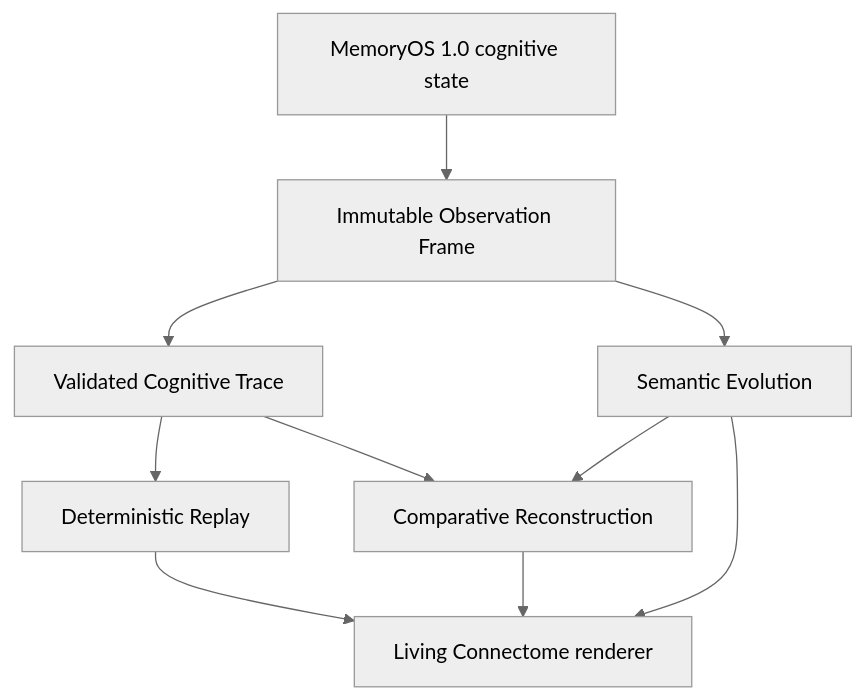
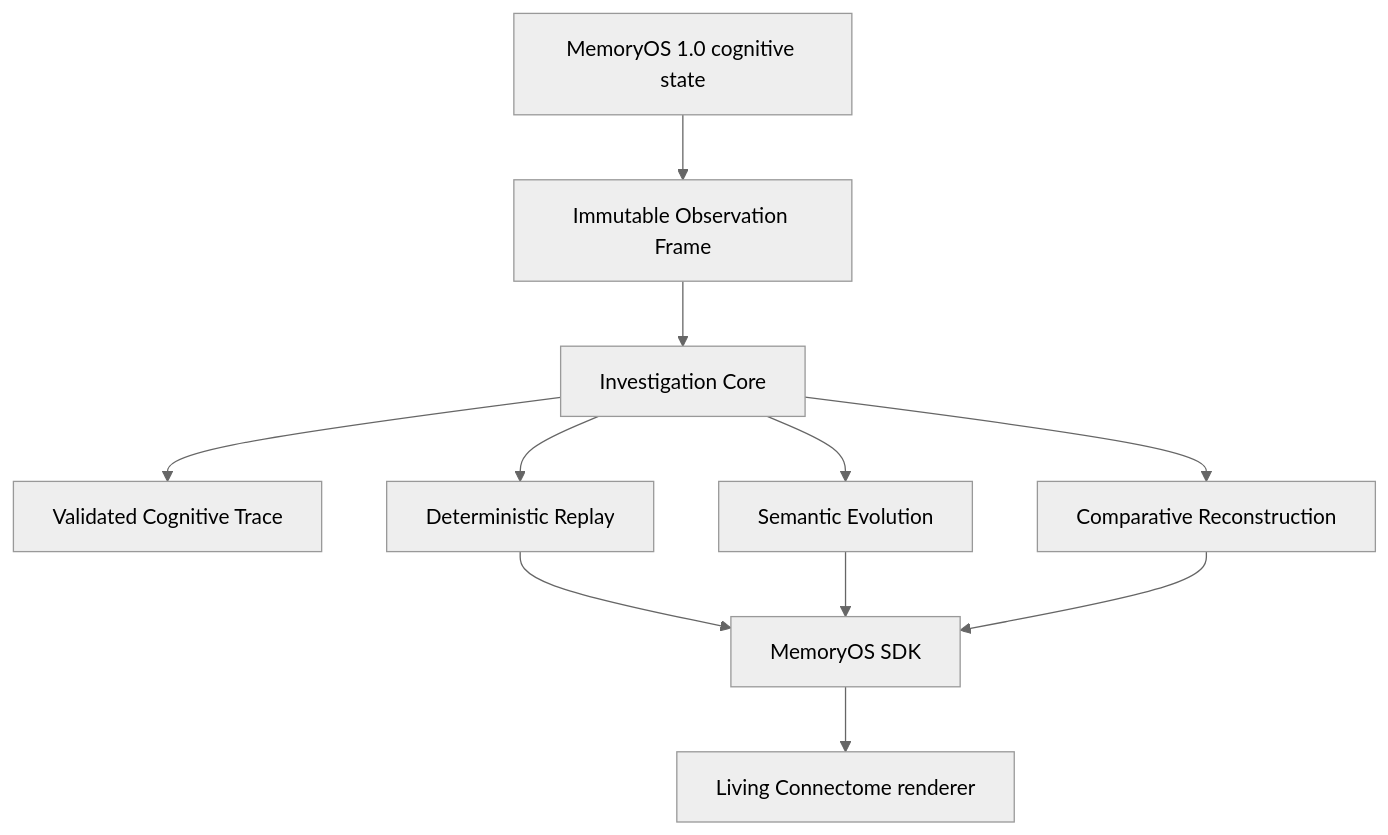
The second of 2 diagrams in README.md (moelsaka01/memoryos-specification), drawn with Mermaid (neutral theme) before and after one commit. The commit also changed other lines of this file and 55 other files, not shown here.

Commit message:
feat(memoryos-1.2): MO-1204 MemoryOS SDK facade

````diff
--- a/README.md
+++ b/README.md
@@ -98,20 +98,23 @@
 ```mermaid
 flowchart TB
     Runtime[MemoryOS 1.0 cognitive state]
     Observation[Immutable Observation Frame]
     Trace[Validated Cognitive Trace]
     Replay[Deterministic Replay]
     Evolution[Semantic Evolution]
     Comparative[Comparative Reconstruction]
+    Core[Investigation Core]
+    SDK[MemoryOS SDK]
     Renderer[Living Connectome renderer]
 
     Runtime --> Observation
-    Observation --> Trace
-    Trace --> Replay
-    Observation --> Evolution
-    Trace --> Comparative
-    Evolution --> Comparative
-    Replay --> Renderer
-    Evolution --> Renderer
-    Comparative --> Renderer
+    Observation --> Core
+    Core --> Trace
+    Core --> Replay
+    Core --> Evolution
+    Core --> Comparative
+    Replay --> SDK
+    Evolution --> SDK
+    Comparative --> SDK
+    SDK --> Renderer
 ```
````
